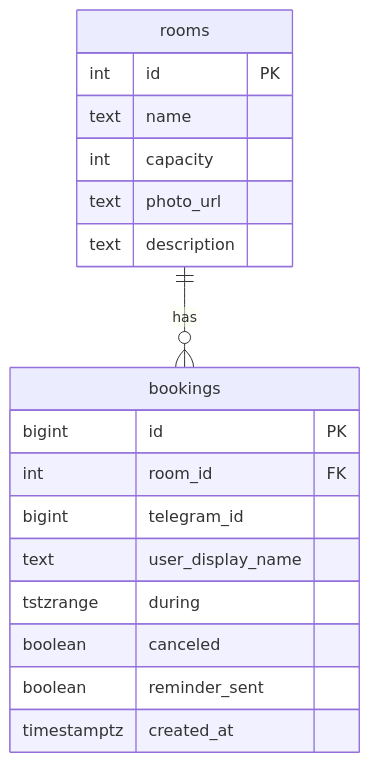
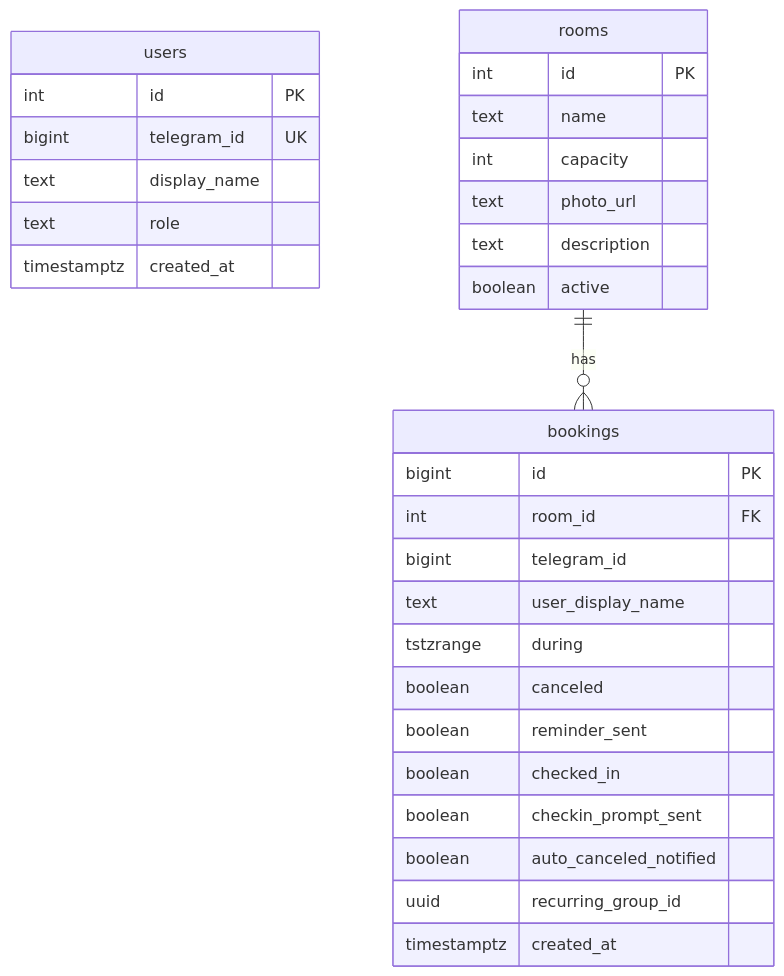
Before and after one commit to sayomiyori/meeting-room-booking-bot: the diagram in README.md, drawn with Mermaid. The commit also changed other lines of this file and 25 other files, not shown here.

Commit message:
Production-readiness: whitelist/admin roles, no-show auto-cancel, recurring bookings

````diff
--- a/README.md
+++ b/README.md
@@ -33,21 +49,33 @@
 ```mermaid
 erDiagram
+  users {
+    int id PK
+    bigint telegram_id UK
+    text display_name
+    text role
+    timestamptz created_at
+  }
   rooms ||--o{ bookings : has
   rooms {
     int id PK
     text name
     int capacity
     text photo_url
     text description
+    boolean active
   }
   bookings {
     bigint id PK
     int room_id FK
     bigint telegram_id
     text user_display_name
     tstzrange during
     boolean canceled
     boolean reminder_sent
+    boolean checked_in
+    boolean checkin_prompt_sent
+    boolean auto_canceled_notified
+    uuid recurring_group_id
     timestamptz created_at
   }
 ```
````
